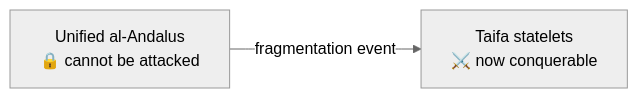
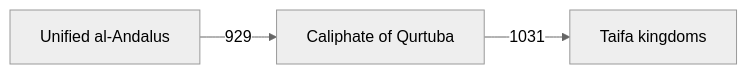
Before and after one commit to kroryan/Quartz-HispaniaBeta: the second of 2 diagrams in content/realm/The Map of Hispania.md, drawn with Mermaid (neutral theme). The commit also changed other lines of this file and 35 other files, not shown here.

````diff
--- a/content/realm/The Map of Hispania.md
+++ b/content/realm/The Map of Hispania.md
@@ -55,4 +57,5 @@
 ```mermaid
 flowchart LR
-    A[Unified al-Andalus<br/>🔒 cannot be attacked] -->|fragmentation event| B[Taifa statelets<br/>⚔️ now conquerable]
+    A[Unified al-Andalus] -->|929| B[Caliphate of Qurtuba]
+    B -->|1031| C[Taifa kingdoms]
 ```
````
